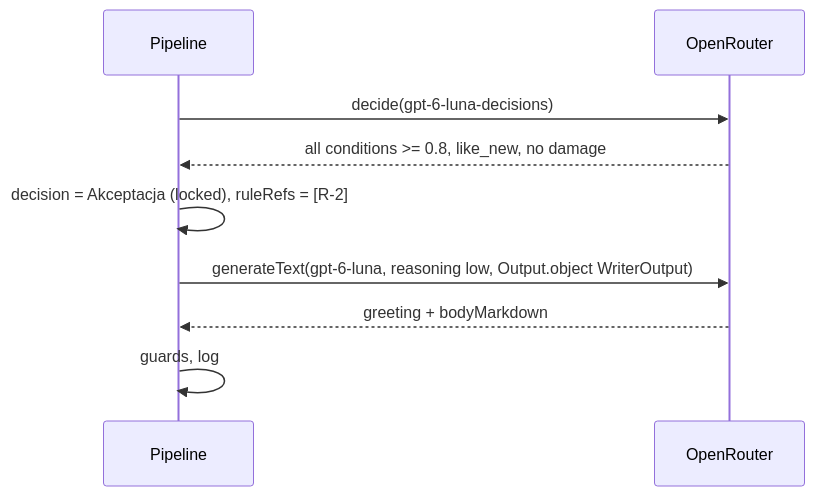
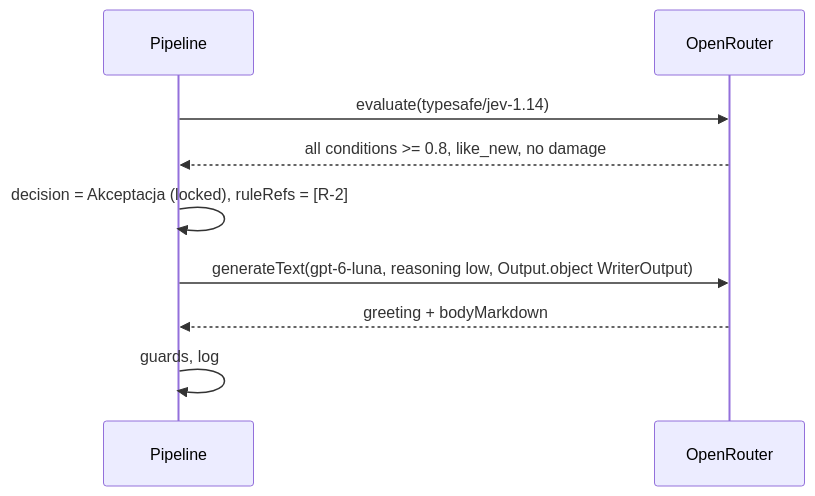
Before and after one commit to LucasMatuszewski/jsystems-ai-programming-2026-11: the fourth of 5 diagrams in docs/ADR/001-ai-decision-pipeline.md, drawn with Mermaid. The commit also changed other lines of this file and 2 other files, not shown here.

Commit message:
Docs: ADR-001 amendment A2 and plan rev. 5 for the Jev 1.14 decision model

````diff
--- a/docs/ADR/001-ai-decision-pipeline.md
+++ b/docs/ADR/001-ai-decision-pipeline.md
@@ -309,11 +311,11 @@
 ```mermaid
 sequenceDiagram
     participant P as Pipeline
     participant OR as OpenRouter
-    P->>OR: decide(gpt-6-luna-decisions)
+    P->>OR: evaluate(typesafe/jev-1.14)
     OR-->>P: all conditions >= 0.8, like_new, no damage
     P->>P: decision = Akceptacja (locked), ruleRefs = [R-2]
     P->>OR: generateText(gpt-6-luna, reasoning low, Output.object WriterOutput)
     OR-->>P: greeting + bodyMarkdown
     P->>P: guards, log
 ```
````
